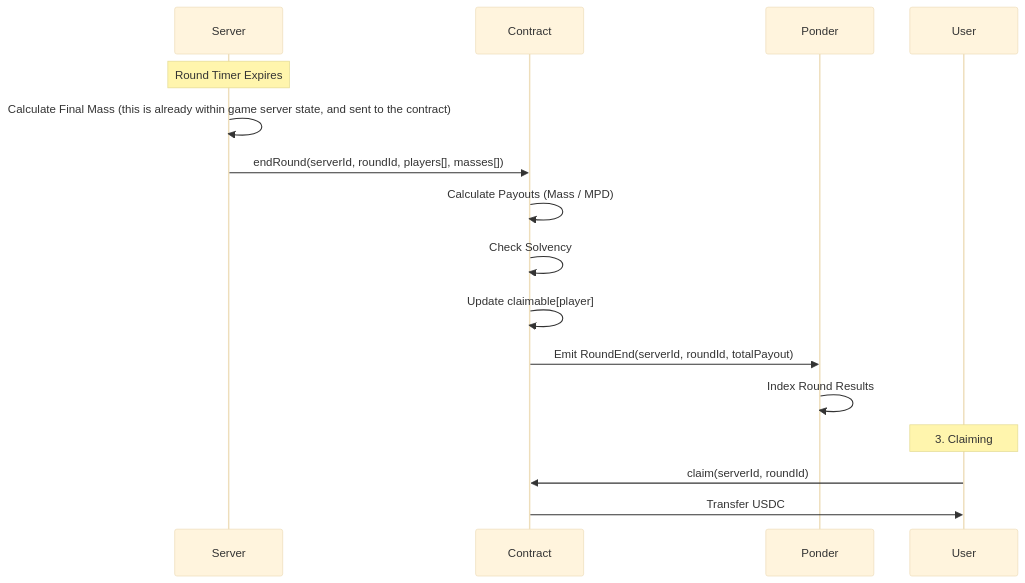
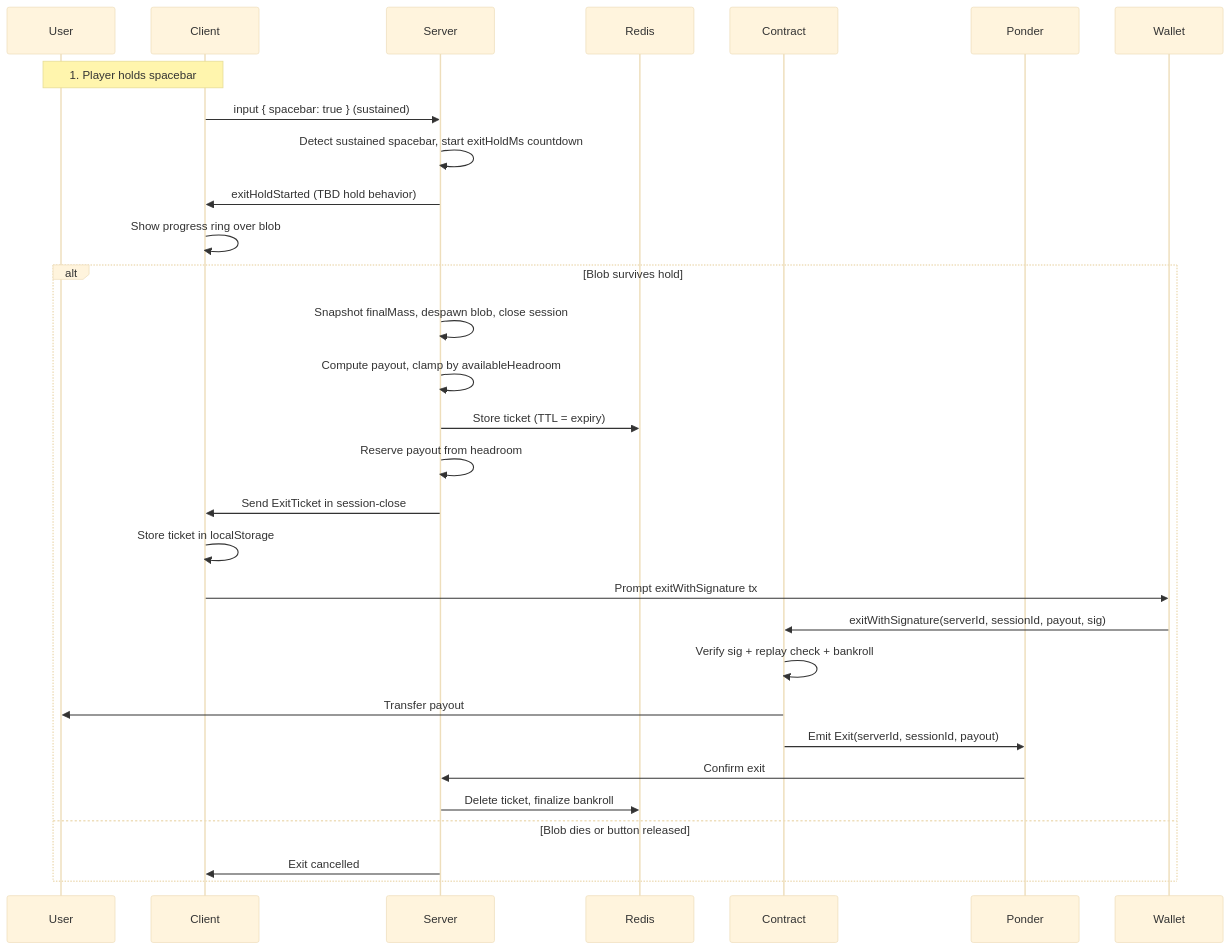
Before and after one commit to TheExpandingPolytope/goonverse: the third of 9 diagrams in ARCHITECTURE.md, drawn with Mermaid (base theme). The commit also changed other lines of this file and 37 other files, not shown here.

````diff
--- a/ARCHITECTURE.md
+++ b/ARCHITECTURE.md
@@ -232,22 +264,34 @@
 ```mermaid
 sequenceDiagram
+    participant User
+    participant Client
     participant Server
+    participant Redis
     participant Contract
     participant Ponder
-    participant User
+    participant Wallet
 
-    Note over Server: Round Timer Expires
-    Server->>Server: Calculate Final Mass (this is already within game server state, and sent to the contract)
-    Server->>Contract: endRound(serverId, roundId, players[], masses[])
-    
-    Contract->>Contract: Calculate Payouts (Mass / MPD)
-    Contract->>Contract: Check Solvency
-    Contract->>Contract: Update claimable[player]
-    Contract->>Ponder: Emit RoundEnd(serverId, roundId, totalPayout)
-    
-    Ponder->>Ponder: Index Round Results
-    
-    Note over User: 3. Claiming
-    User->>Contract: claim(serverId, roundId)
-    Contract->>User: Transfer USDC
+    Note over User, Client: 1. Player holds spacebar
+    Client->>Server: input { spacebar: true } (sustained)
+    Server->>Server: Detect sustained spacebar, start exitHoldMs countdown
+    Server->>Client: exitHoldStarted (TBD hold behavior)
+    Client->>Client: Show progress ring over blob
+
+alt Blob survives hold
+    Server->>Server: Snapshot finalMass, despawn blob, close session
+    Server->>Server: Compute payout, clamp by availableHeadroom
+    Server->>Redis: Store ticket (TTL = expiry)
+    Server->>Server: Reserve payout from headroom
+    Server->>Client: Send ExitTicket in session-close
+    Client->>Client: Store ticket in localStorage
+    Client->>Wallet: Prompt exitWithSignature tx
+    Wallet->>Contract: exitWithSignature(serverId, sessionId, payout, sig)
+    Contract->>Contract: Verify sig + replay check + bankroll
+    Contract->>User: Transfer payout
+    Contract->>Ponder: Emit Exit(serverId, sessionId, payout)
+    Ponder->>Server: Confirm exit
+    Server->>Redis: Delete ticket, finalize bankroll
+else Blob dies or button released
+    Server->>Client: Exit cancelled
+end
 ```
````
